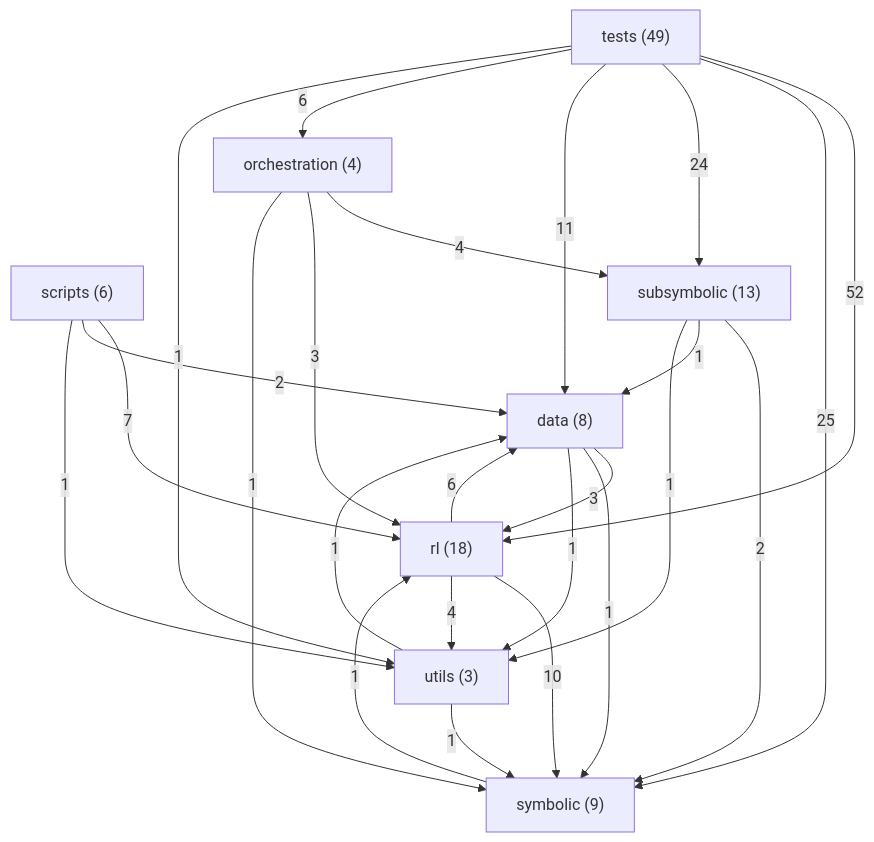
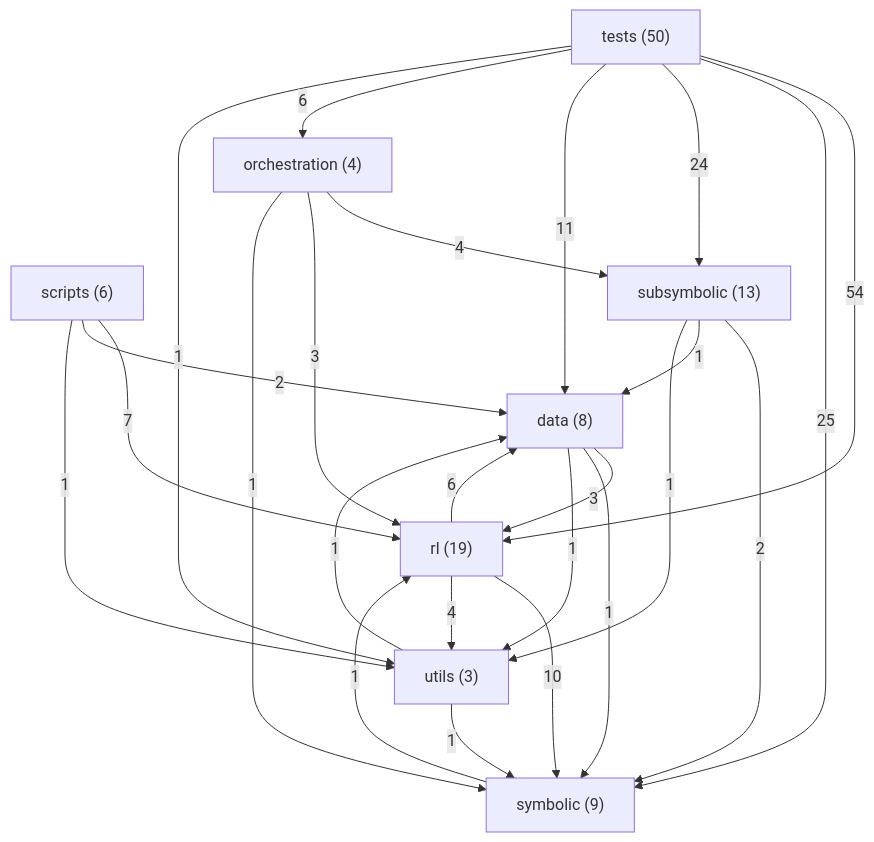
The diagram in ARCHITECTURE.md (danrd/ARC-AGI), drawn with Mermaid before and after one commit. The commit also changed other lines of this file and 8 other files, not shown here.

````diff
--- a/ARCHITECTURE.md
+++ b/ARCHITECTURE.md
@@ -127,35 +127,35 @@
 ```mermaid
 graph TD
   data["data (8)"]
   orchestration["orchestration (4)"]
-  rl["rl (18)"]
+  rl["rl (19)"]
   scripts["scripts (6)"]
   subsymbolic["subsymbolic (13)"]
   symbolic["symbolic (9)"]
-  tests["tests (49)"]
+  tests["tests (50)"]
   utils["utils (3)"]
-  tests -->|52| rl
+  tests -->|54| rl
   tests -->|25| symbolic
   tests -->|24| subsymbolic
   tests -->|11| data
   rl -->|10| symbolic
   scripts -->|7| rl
   rl -->|6| data
   tests -->|6| orchestration
   orchestration -->|4| subsymbolic
   rl -->|4| utils
   data -->|3| rl
   orchestration -->|3| rl
   scripts -->|2| data
   subsymbolic -->|2| symbolic
   data -->|1| symbolic
   data -->|1| utils
   orchestration -->|1| symbolic
   scripts -->|1| utils
   subsymbolic -->|1| data
   subsymbolic -->|1| utils
   symbolic -->|1| rl
   tests -->|1| utils
   utils -->|1| data
   utils -->|1| symbolic
 ```
````
